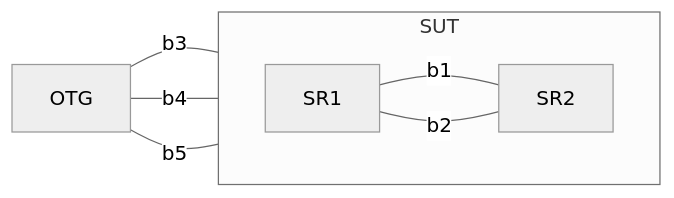
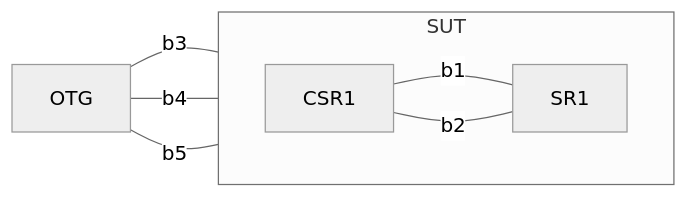
The diagram in README.md (mbakalarski/netclab-chart), drawn with Mermaid (neutral theme) before and after one commit. The commit also changed other lines of this file and 2 other files, not shown here.

````diff
--- a/README.md
+++ b/README.md
@@ -50,13 +59,13 @@
 ```mermaid
 flowchart LR
-  OTG --b3--- SR1
+  OTG --b3--- CSR1
 
   subgraph SUT
     direction LR
-    SR1 --b1--- SR2
-    SR1 --b2--- SR2
+    CSR1 --b1--- SR1
+    CSR1 --b2--- SR1
   end
 
-  OTG --b4--- SR2
-  OTG --b5--- SR2
+  OTG --b4--- SR1
+  OTG --b5--- SR1
 ```
````
